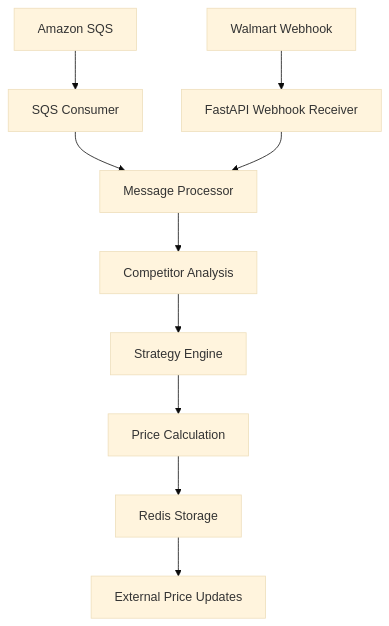
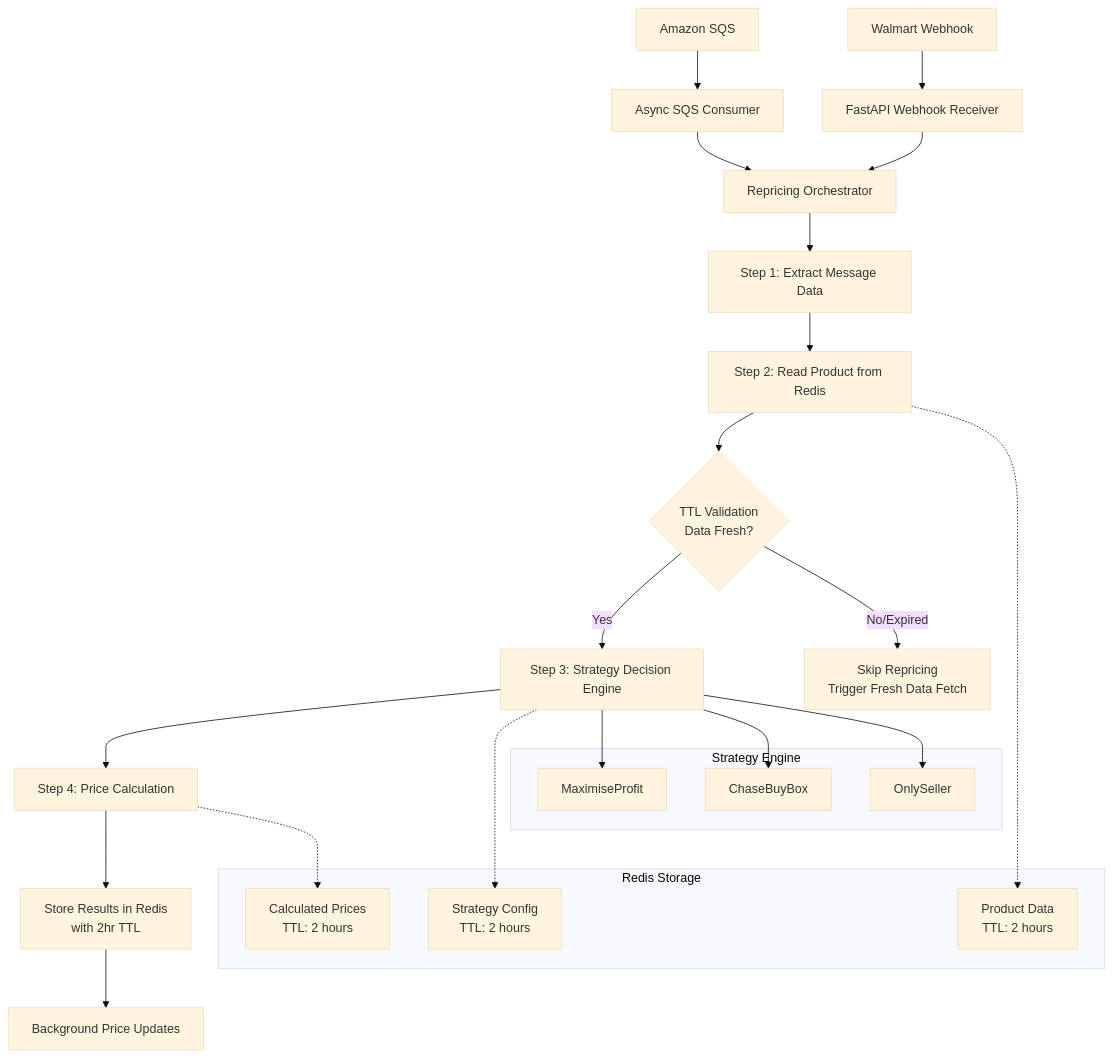
The diagram in docs/architecture/system-overview.md (l3acucm/urepricer), drawn with Mermaid (base theme) before and after one commit. The commit also changed other lines of this file and 16 other files, not shown here.

````diff
--- a/docs/architecture/system-overview.md
+++ b/docs/architecture/system-overview.md
@@ -35,12 +43,35 @@
 ```mermaid
 graph TD
-    A[Amazon SQS] --> B[SQS Consumer]
+    A[Amazon SQS] --> B[Async SQS Consumer]
     C[Walmart Webhook] --> D[FastAPI Webhook Receiver]
-    B --> E[Message Processor]
+    B --> E[Repricing Orchestrator]
     D --> E
-    E --> F[Competitor Analysis]
-    F --> G[Strategy Engine]
-    G --> H[Price Calculation]
-    H --> I[Redis Storage]
-    I --> J[External Price Updates]
+    E --> F[Step 1: Extract Message Data]
+    F --> G[Step 2: Read Product from Redis]
+    G --> G1{TTL Validation<br/>Data Fresh?}
+    G1 -->|Yes| H[Step 3: Strategy Decision Engine]
+    G1 -->|No/Expired| G2[Skip Repricing<br/>Trigger Fresh Data Fetch]
+    H --> I[Step 4: Price Calculation]
+    I --> J[Store Results in Redis<br/>with 2hr TTL]
+    J --> K[Background Price Updates]
+    
+    subgraph Redis Storage
+        L[Product Data<br/>TTL: 2 hours]
+        M[Strategy Config<br/>TTL: 2 hours]
+        N[Calculated Prices<br/>TTL: 2 hours]
+    end
+    
+    G -.-> L
+    H -.-> M
+    I -.-> N
+    
+    subgraph Strategy Engine
+        O[MaximiseProfit]
+        P[ChaseBuyBox]
+        Q[OnlySeller]
+    end
+    
+    H --> O
+    H --> P
+    H --> Q
 ```
````
